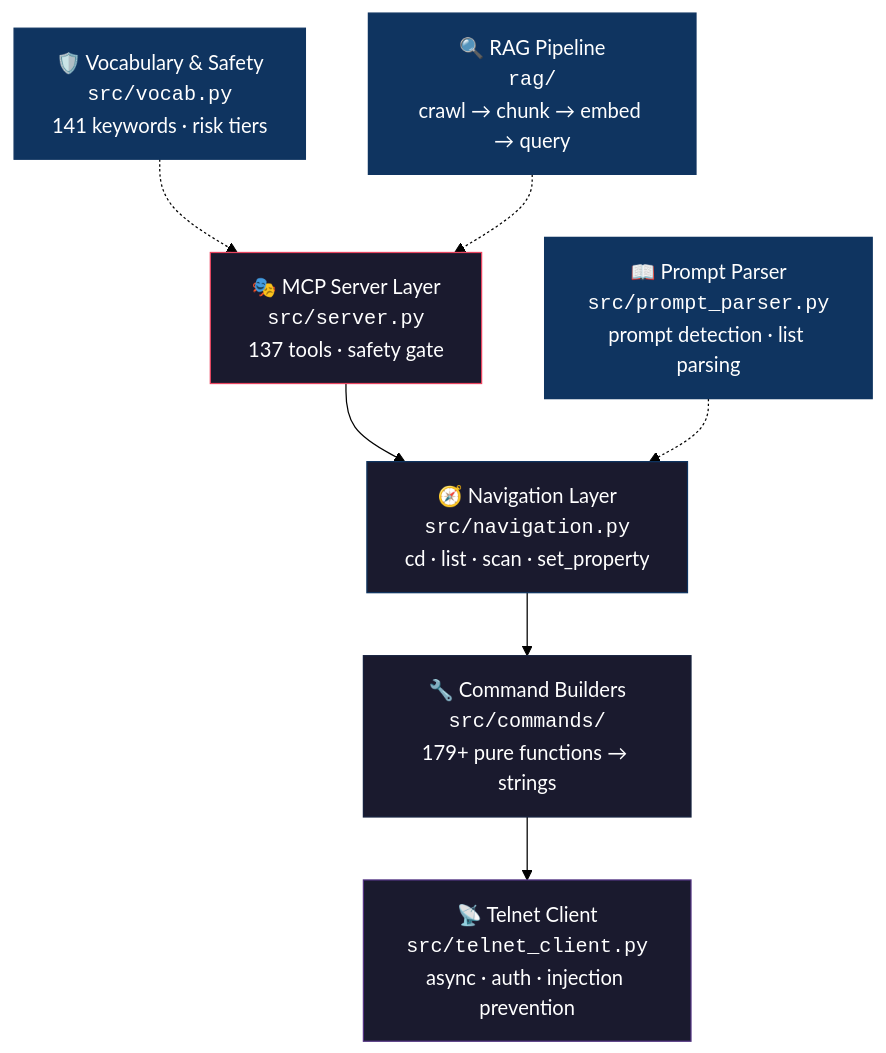
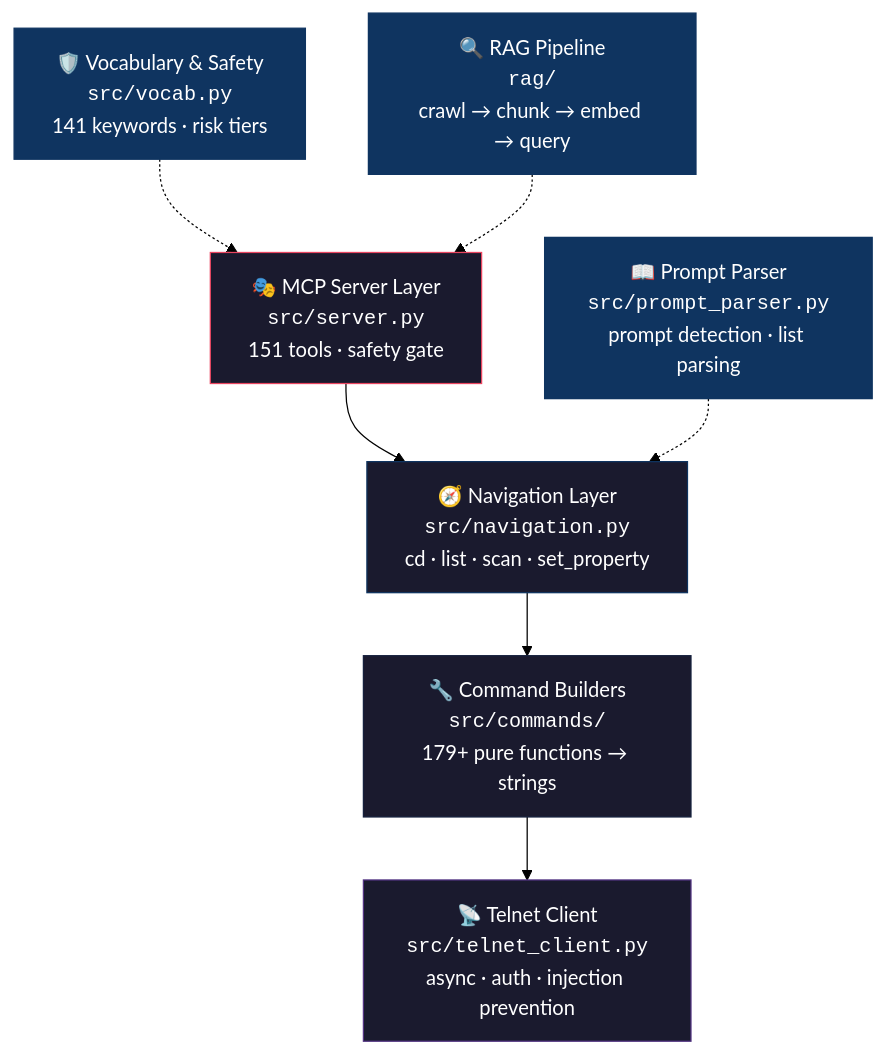
Before and after one commit to thisis-romar/ma2-onPC-MCP: the first of 3 diagrams in README.md, drawn with Mermaid (forest theme). The commit also changed other lines of this file and 21 other files, not shown here.

````diff
--- a/README.md
+++ b/README.md
@@ -55,19 +55,19 @@
 ```mermaid
 graph TD
-    A["🎭 MCP Server Layer<br/><code>src/server.py</code><br/>137 tools · safety gate"] --> B
+    A["🎭 MCP Server Layer<br/><code>src/server.py</code><br/>151 tools · safety gate"] --> B
     B["🧭 Navigation Layer<br/><code>src/navigation.py</code><br/>cd · list · scan · set_property"] --> C
     C["🔧 Command Builders<br/><code>src/commands/</code><br/>179+ pure functions → strings"] --> D
     D["📡 Telnet Client<br/><code>src/telnet_client.py</code><br/>async · auth · injection prevention"]
 
     E["📖 Prompt Parser<br/><code>src/prompt_parser.py</code><br/>prompt detection · list parsing"] -.-> B
     F["🛡️ Vocabulary & Safety<br/><code>src/vocab.py</code><br/>141 keywords · risk tiers"] -.-> A
     G["🔍 RAG Pipeline<br/><code>rag/</code><br/>crawl → chunk → embed → query"] -.-> A
 
     style A fill:#1a1a2e,stroke:#e94560,color:#fff
     style B fill:#1a1a2e,stroke:#0f3460,color:#fff
     style C fill:#1a1a2e,stroke:#16213e,color:#fff
     style D fill:#1a1a2e,stroke:#533483,color:#fff
     style E fill:#0f3460,stroke:#0f3460,color:#fff
     style F fill:#0f3460,stroke:#0f3460,color:#fff
     style G fill:#0f3460,stroke:#0f3460,color:#fff
 ```
````
